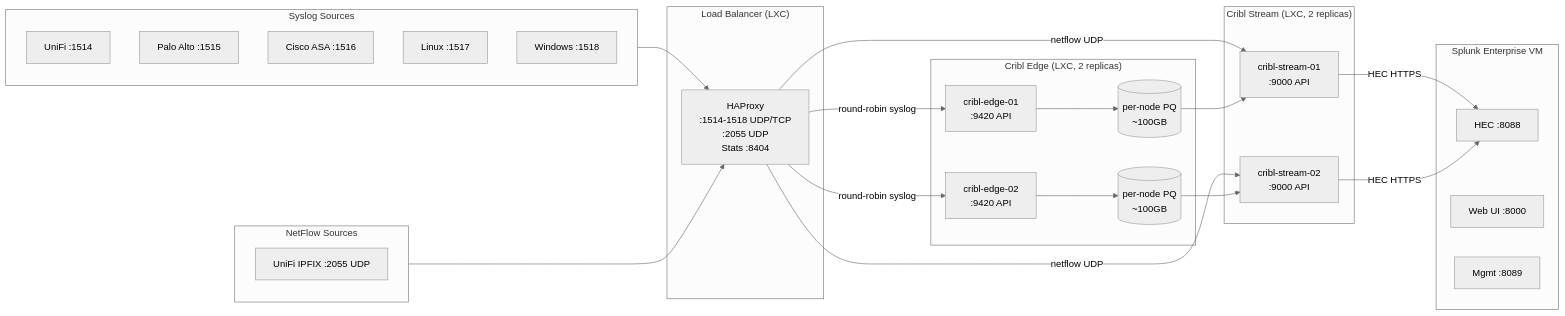
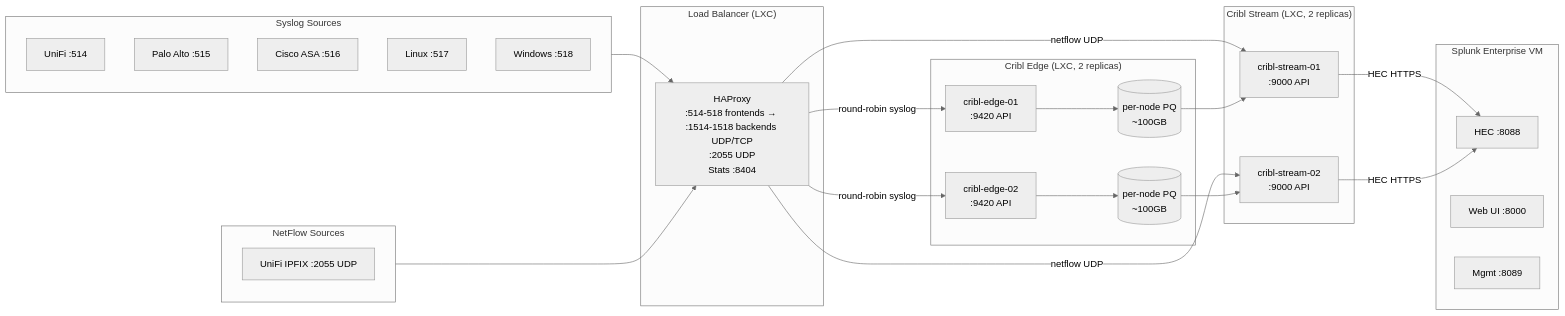
One commit to dryvist/terraform-proxmox changed the second of 3 diagrams in docs/ARCHITECTURE.md. Above: the diagram before and after it, drawn with Mermaid (neutral theme). The commit also changed other lines of this file and 16 other files, not shown here.

````diff
--- a/docs/ARCHITECTURE.md
+++ b/docs/ARCHITECTURE.md
@@ -50,49 +50,49 @@
 ```mermaid
 flowchart LR
     subgraph Sources["Syslog Sources"]
-        U[UniFi :1514]
-        PA[Palo Alto :1515]
-        CA[Cisco ASA :1516]
-        LN[Linux :1517]
-        WN[Windows :1518]
+        U[UniFi :514]
+        PA[Palo Alto :515]
+        CA[Cisco ASA :516]
+        LN[Linux :517]
+        WN[Windows :518]
     end
 
     subgraph NetFlow["NetFlow Sources"]
         NF[UniFi IPFIX :2055 UDP]
     end
 
     subgraph LB["Load Balancer (LXC)"]
-        HAP[HAProxy<br/>:1514-1518 UDP/TCP<br/>:2055 UDP<br/>Stats :8404]
+        HAP[HAProxy<br/>:514-518 frontends → :1514-1518 backends UDP/TCP<br/>:2055 UDP<br/>Stats :8404]
     end
 
     subgraph Collectors["Cribl Edge (LXC, 2 replicas)"]
         CE1[cribl-edge-01<br/>:9420 API]
         CE2[cribl-edge-02<br/>:9420 API]
         PQ1[(per-node PQ<br/>~100GB)]
         PQ2[(per-node PQ<br/>~100GB)]
     end
 
     subgraph Processors["Cribl Stream (LXC, 2 replicas)"]
         CS1[cribl-stream-01<br/>:9000 API]
         CS2[cribl-stream-02<br/>:9000 API]
     end
 
     subgraph Destination["Splunk Enterprise VM"]
         HEC[HEC :8088]
         WEB[Web UI :8000]
         MGMT[Mgmt :8089]
     end
 
     Sources --> HAP
     NetFlow --> HAP
     HAP -->|round-robin syslog| CE1
     HAP -->|round-robin syslog| CE2
     HAP -->|netflow UDP| CS1
     HAP -->|netflow UDP| CS2
     CE1 --> PQ1
     CE2 --> PQ2
     PQ1 --> CS1
     PQ2 --> CS2
     CS1 -->|HEC HTTPS| HEC
     CS2 -->|HEC HTTPS| HEC
 ```
````
